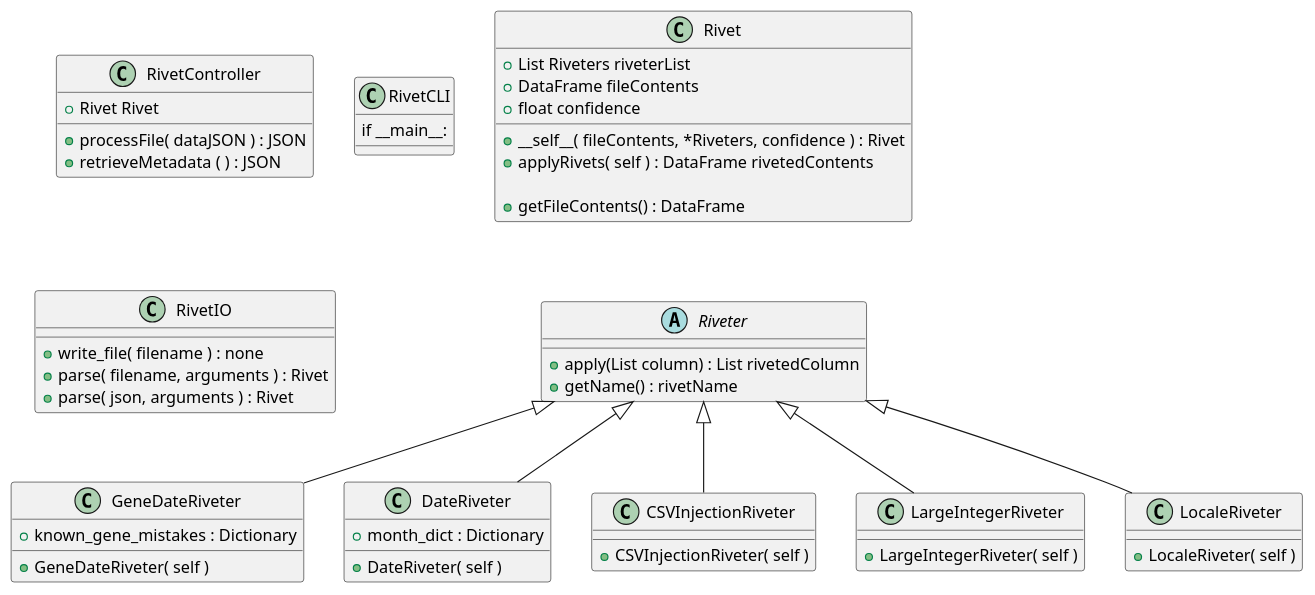
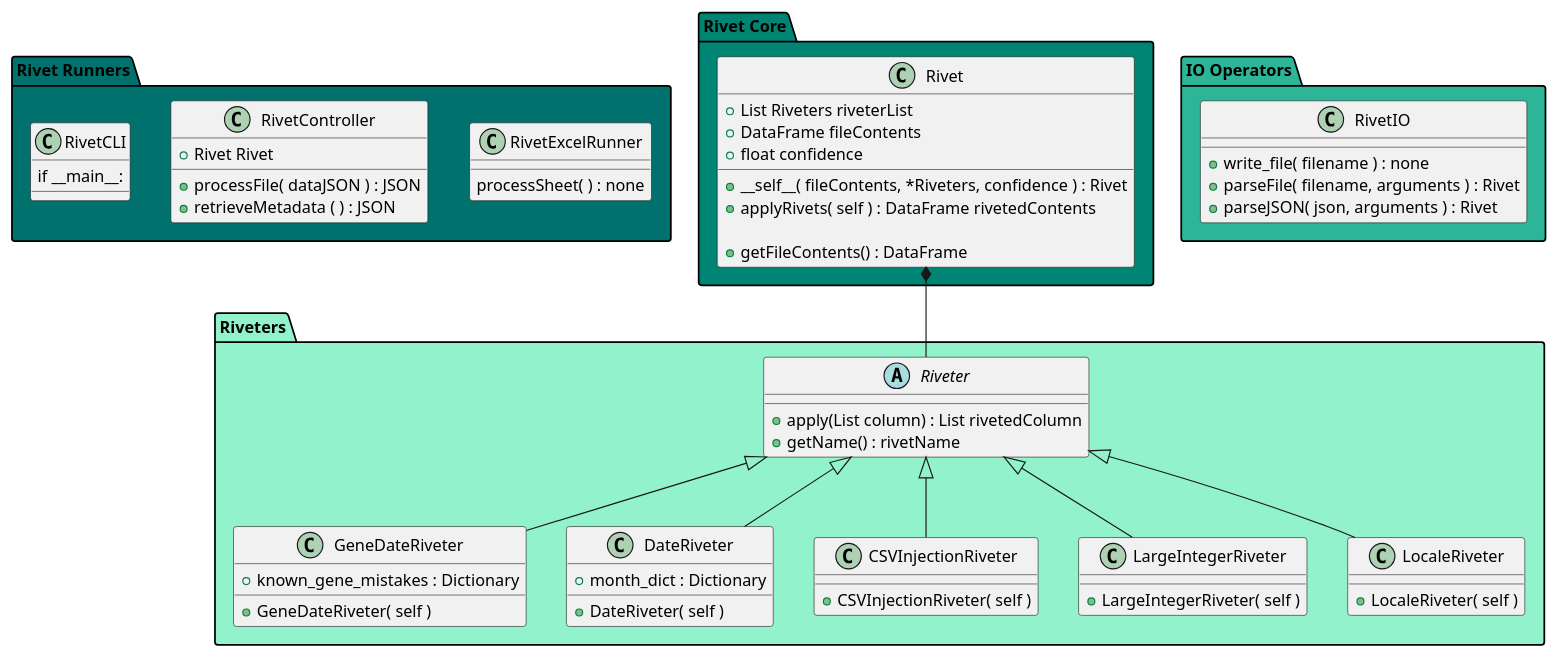
Before and after one commit to mwklose/RosieRivet: the diagram in design/UML_diagram.plantuml, drawn with PlantUML.

Commit message:
Updated Added pseudopackages in plantuml

```diff
--- a/design/UML_diagram.plantuml
+++ b/design/UML_diagram.plantuml
@@ -1,59 +1,74 @@
 @startuml Rosie-Rivet
 
-class RivetController {
-   + Rivet Rivet
-   + processFile( dataJSON ) : JSON 
-   + retrieveMetadata ( ) : JSON
+package "Rivet Runners" #00716d {
+    class RivetController {
+        + Rivet Rivet
+        + processFile( dataJSON ) : JSON 
+        + retrieveMetadata ( ) : JSON
+    }
+
+    class RivetCLI {
+        if __main__:
+    }
+
+    class RivetExcelRunner {
+        processSheet( ) : none
+    }
 }
 
-class RivetCLI {
-    if __main__:
+package "Rivet Core" #008473 {
+    class Rivet {
+        + List Riveters riveterList
+        + DataFrame fileContents
+        + float confidence
+
+        + __self__( fileContents, *Riveters, confidence ) : Rivet
+        + applyRivets( self ) : DataFrame rivetedContents
+
+        + getFileContents() : DataFrame
+    }
 }
 
-class Rivet {
-    + List Riveters riveterList
-    + DataFrame fileContents
-    + float confidence
-
-    + __self__( fileContents, *Riveters, confidence ) : Rivet
-    + applyRivets( self ) : DataFrame rivetedContents
-
-    + getFileContents() : DataFrame
+package "IO Operators" #2db597 {
+    class RivetIO {
+        + write_file( filename ) : none
+        + parseFile( filename, arguments ) : Rivet
+        + parseJSON( json, arguments ) : Rivet
+    }
 }
 
-class RivetIO {
-    + write_file( filename ) : none
-    + parse( filename, arguments ) : Rivet
-    + parse( json, arguments ) : Rivet
+package "Riveters"  #91f2cb {
+    abstract class Riveter {
+        + apply(List column) : List rivetedColumn
+        + getName() : rivetName
+    }
+
+    class GeneDateRiveter extends Riveter {
+        + known_gene_mistakes : Dictionary
+        + GeneDateRiveter( self )
+    }
+
+    class DateRiveter extends Riveter {
+        + month_dict : Dictionary
+        + DateRiveter( self )
+    }
+
+    class CSVInjectionRiveter extends Riveter {
+        + CSVInjectionRiveter( self )
+    }
+
+    class LargeIntegerRiveter extends Riveter {
+        + LargeIntegerRiveter( self )
+    }
+
+    class LocaleRiveter extends Riveter {
+        + LocaleRiveter( self )
+    }
 }
 
-abstract class Riveter {
-    + apply(List column) : List rivetedColumn
-    + getName() : rivetName
-}
-
-class GeneDateRiveter extends Riveter {
-    + known_gene_mistakes : Dictionary
-    + GeneDateRiveter( self )
-}
-
-class DateRiveter extends Riveter {
-    + month_dict : Dictionary
-    + DateRiveter( self )
-}
-
-class CSVInjectionRiveter extends Riveter {
-    + CSVInjectionRiveter( self )
-}
-
-class LargeIntegerRiveter extends Riveter {
-    + LargeIntegerRiveter( self )
-}
-
-class LocaleRiveter extends Riveter {
-    + LocaleRiveter( self )
-}
 
 ' change layout
-Rivet -[hidden]- Riveter
+Rivet *-- Riveter
+RivetController -[hidden] RivetExcelRunner
+
 @enduml
```
